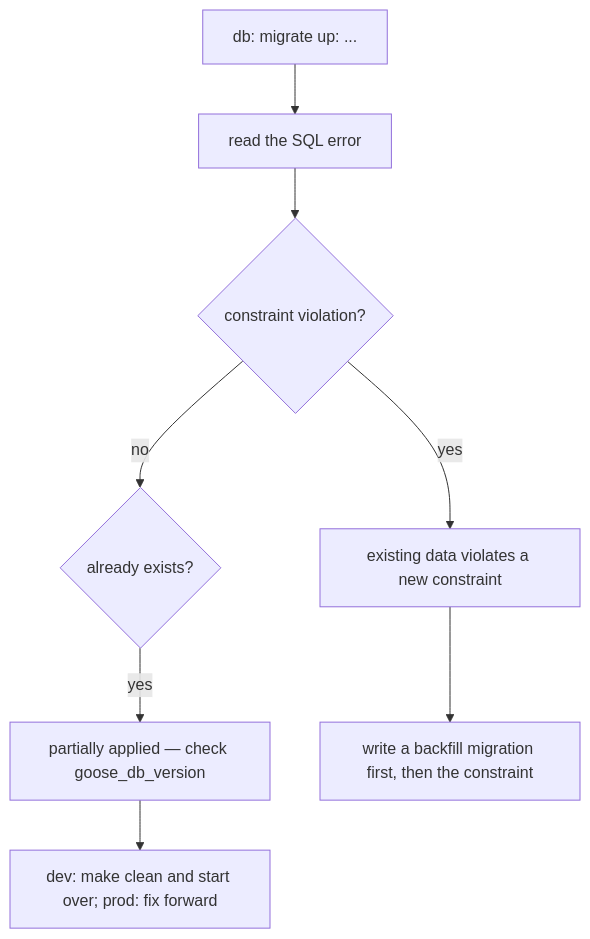
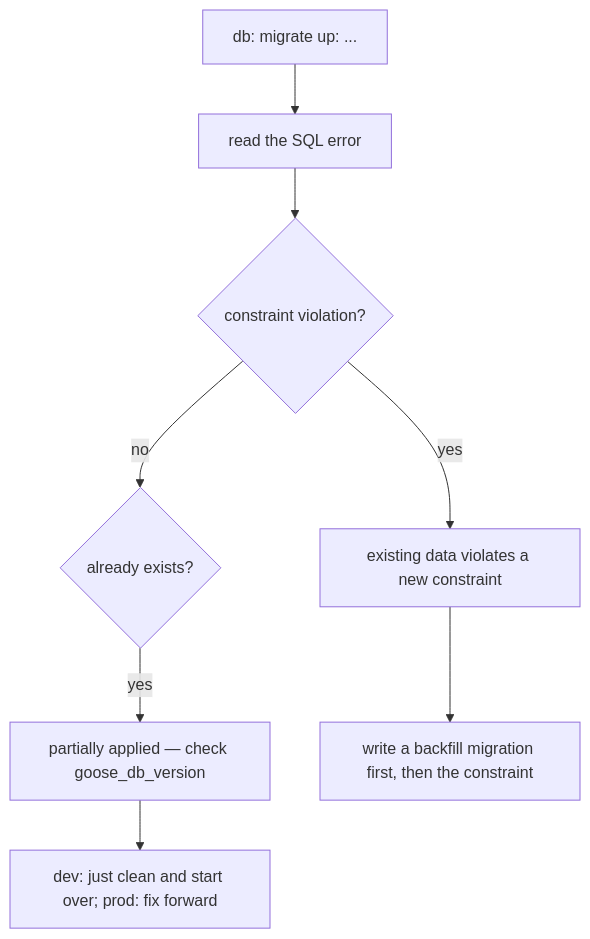
Before and after one commit to nonamecat19/job-finder: the fifth of 6 diagrams in docs/docs/operations/runbooks.md, drawn with Mermaid. The commit also changed other lines of this file and 26 other files, not shown here.

````diff
--- a/docs/docs/operations/runbooks.md
+++ b/docs/docs/operations/runbooks.md
@@ -138,10 +138,10 @@
 ```mermaid
 flowchart TD
     A["db: migrate up: ..."] --> B["read the SQL error"]
     B --> C{"constraint violation?"}
     C -->|yes| D["existing data violates a new constraint"]
     C -->|no| E{"already exists?"}
     E -->|yes| F["partially applied — check goose_db_version"]
     D --> D1["write a backfill migration first, then the constraint"]
-    F --> F1["dev: make clean and start over; prod: fix forward"]
+    F --> F1["dev: just clean and start over; prod: fix forward"]
 ```
````
